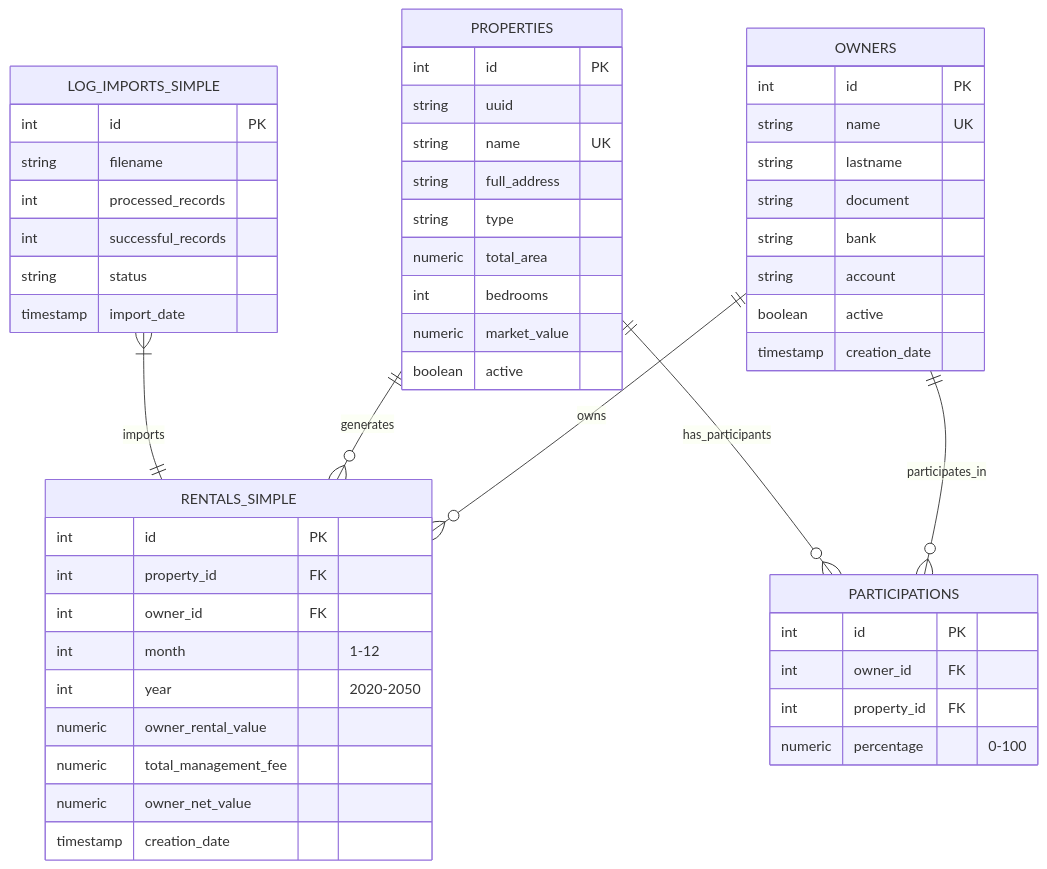
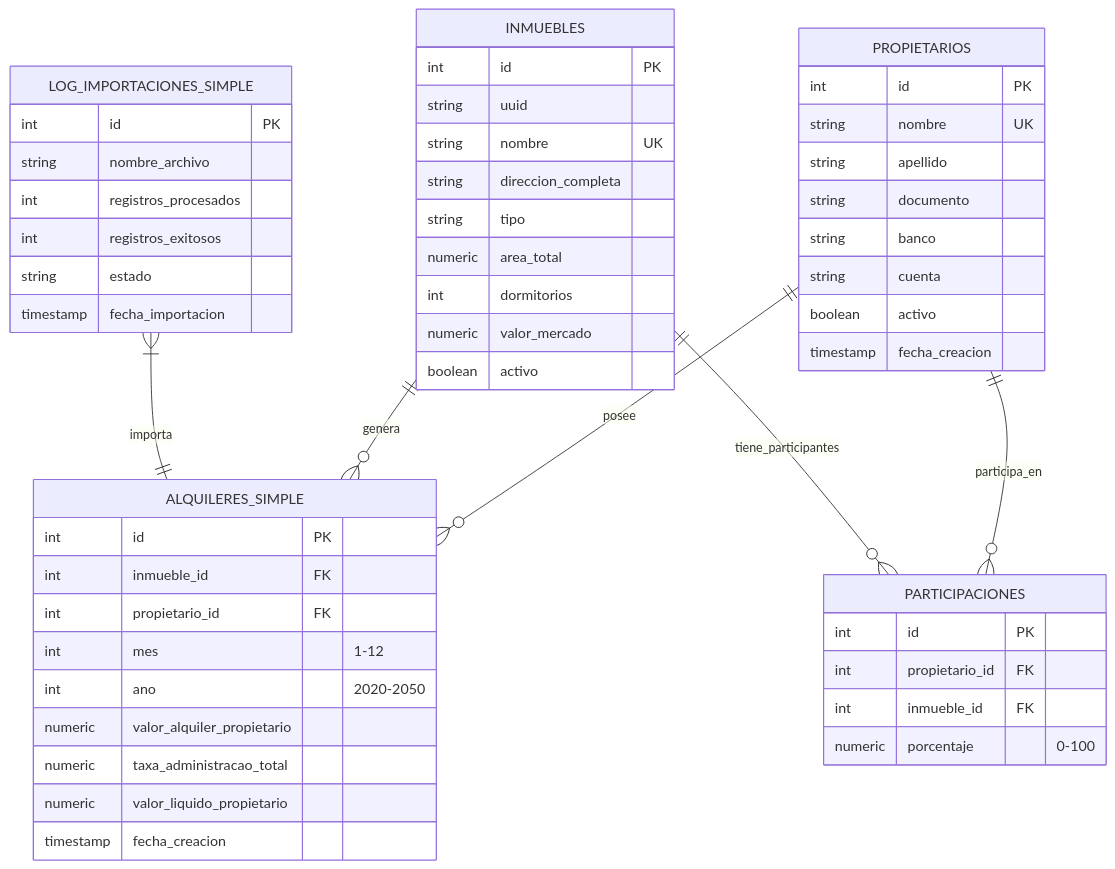
Before and after one commit to Mlocoes/AlugueisV2: the diagram in README.md, drawn with Mermaid. The commit also changed other lines of this file, not shown here.

````diff
--- a/README.md
+++ b/README.md
@@ -158,59 +499,59 @@
 ```mermaid
 erDiagram
-    OWNERS ||--o{ RENTALS_SIMPLE : "owns"
-    PROPERTIES ||--o{ RENTALS_SIMPLE : "generates"
-    OWNERS ||--o{ PARTICIPATIONS : "participates_in"
-    PROPERTIES ||--o{ PARTICIPATIONS : "has_participants"
-    LOG_IMPORTS_SIMPLE }|--|| RENTALS_SIMPLE : "imports"
+    PROPIETARIOS ||--o{ ALQUILERES_SIMPLE : "posee"
+    INMUEBLES ||--o{ ALQUILERES_SIMPLE : "genera"
+    PROPIETARIOS ||--o{ PARTICIPACIONES : "participa_en"
+    INMUEBLES ||--o{ PARTICIPACIONES : "tiene_participantes"
+    LOG_IMPORTACIONES_SIMPLE }|--|| ALQUILERES_SIMPLE : "importa"
 
-    OWNERS {
+    PROPIETARIOS {
         int id PK
-        string name UK
-        string lastname
-        string document
-        string bank
-        string account
-        boolean active
-        timestamp creation_date
+        string nombre UK
+        string apellido
+        string documento
+        string banco
+        string cuenta
+        boolean activo
+        timestamp fecha_creacion
     }
     
-    PROPERTIES {
+    INMUEBLES {
         int id PK
         string uuid
-        string name UK
-        string full_address
-        string type
-        numeric total_area
-        int bedrooms
-        numeric market_value
-        boolean active
+        string nombre UK
+        string direccion_completa
+        string tipo
+        numeric area_total
+        int dormitorios
+        numeric valor_mercado
+        boolean activo
     }
     
-    RENTALS_SIMPLE {
+    ALQUILERES_SIMPLE {
         int id PK
-        int property_id FK
-        int owner_id FK
-        int month "1-12"
-        int year "2020-2050"
-        numeric owner_rental_value
-        numeric total_management_fee
-        numeric owner_net_value
-        timestamp creation_date
+        int inmueble_id FK
+        int propietario_id FK
+        int mes "1-12"
+        int ano "2020-2050"
+        numeric valor_alquiler_propietario
+        numeric taxa_administracao_total
+        numeric valor_liquido_propietario
+        timestamp fecha_creacion
     }
     
-    PARTICIPATIONS {
+    PARTICIPACIONES {
         int id PK
-        int owner_id FK
-        int property_id FK
-        numeric percentage "0-100"
+        int propietario_id FK
+        int inmueble_id FK
+        numeric porcentaje "0-100"
     }
     
-    LOG_IMPORTS_SIMPLE {
+    LOG_IMPORTACIONES_SIMPLE {
         int id PK
-        string filename
-        int processed_records
-        int successful_records
-        string status
-        timestamp import_date
+        string nombre_archivo
+        int registros_procesados
+        int registros_exitosos
+        string estado
+        timestamp fecha_importacion
     }
 ```
````
